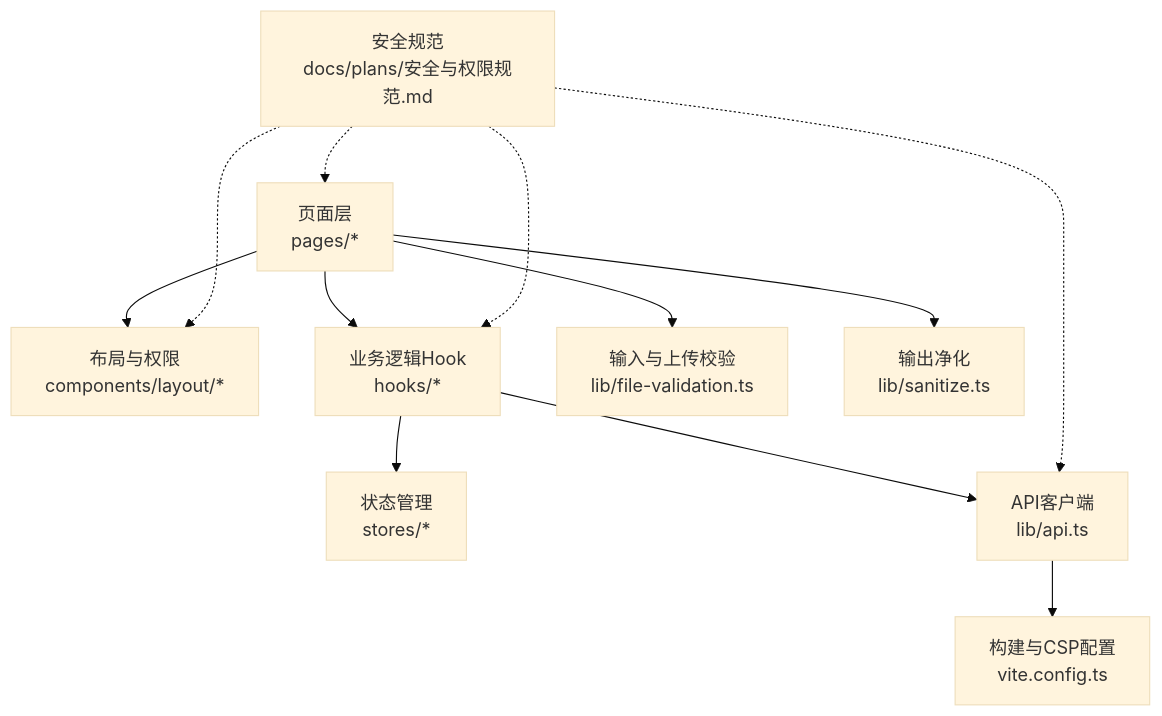
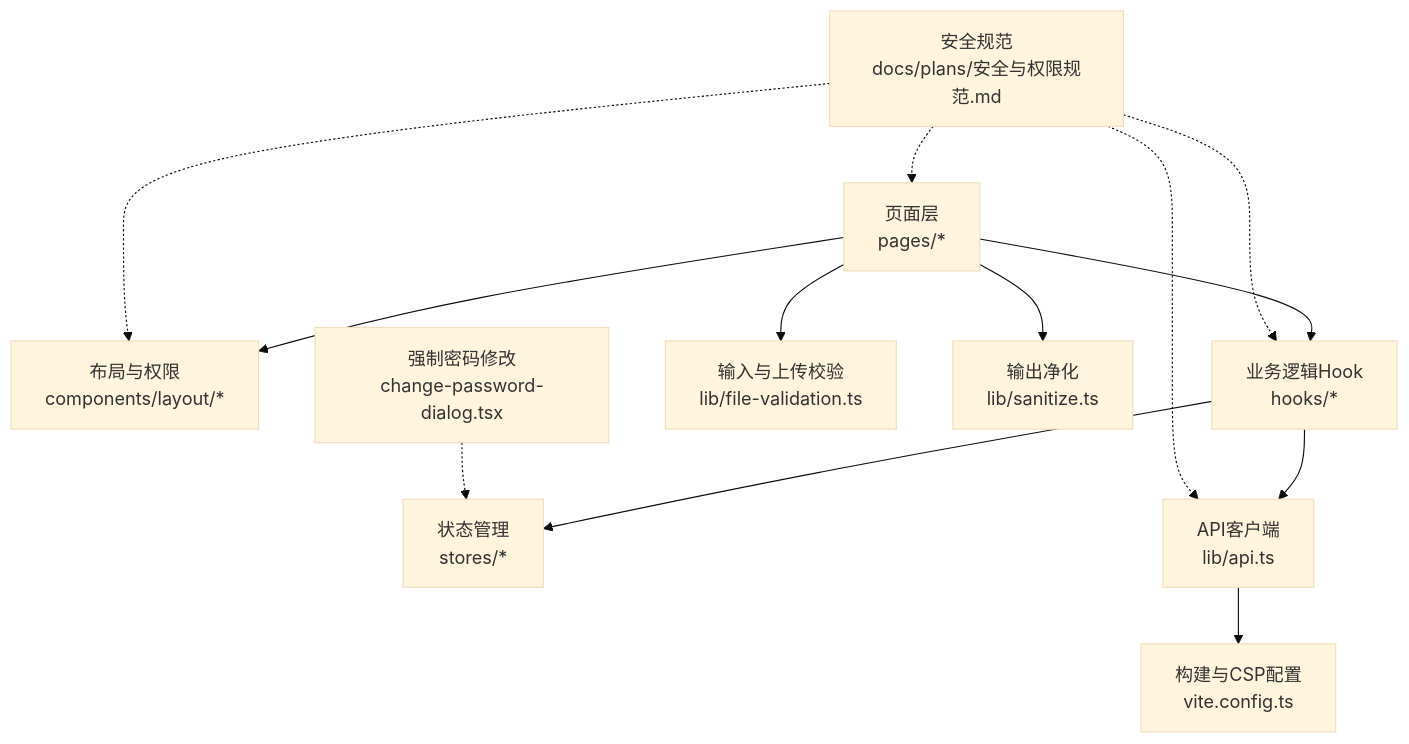
Before and after one commit to Damao997/newproject: the first of 9 diagrams in .qoder/repowiki/zh/content/安全指南/安全指南.md, drawn with Mermaid (base theme). The commit also changed other lines of this file and 24 other files, not shown here.

````diff
--- a/.qoder/repowiki/zh/content/安全指南/安全指南.md
+++ b/.qoder/repowiki/zh/content/安全指南/安全指南.md
@@ -44,14 +61,15 @@
 ```mermaid
 graph TB
 A["页面层<br/>pages/*"] --> B["布局与权限<br/>components/layout/*"]
 A --> C["业务逻辑Hook<br/>hooks/*"]
 C --> D["状态管理<br/>stores/*"]
 C --> E["API客户端<br/>lib/api.ts"]
 E --> F["构建与CSP配置<br/>vite.config.ts"]
 A --> G["输入与上传校验<br/>lib/file-validation.ts"]
 A --> H["输出净化<br/>lib/sanitize.ts"]
 I["安全规范<br/>docs/plans/安全与权限规范.md"] -.-> A
 I -.-> B
 I -.-> C
 I -.-> E
+J["强制密码修改<br/>change-password-dialog.tsx"] -.-> D
 ```
````
